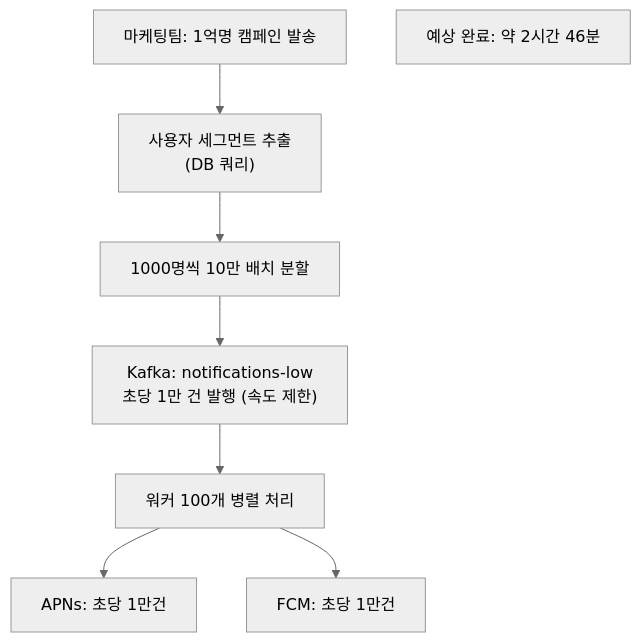
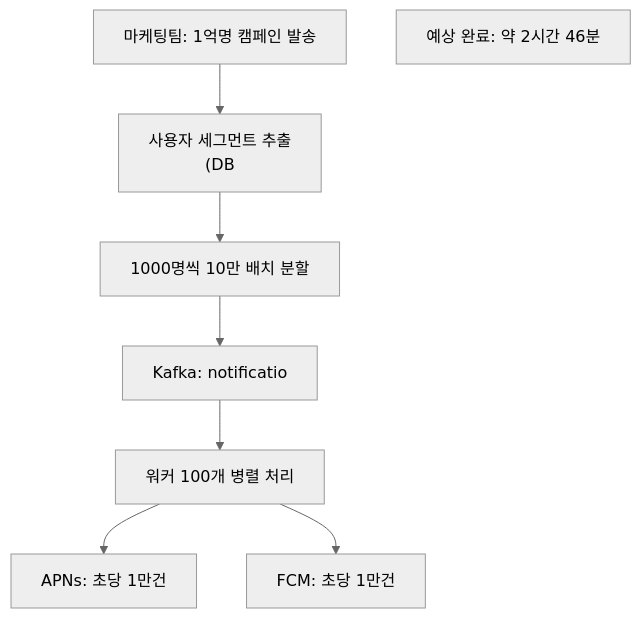
One commit to yjkim2015/yjkim2015.github.io changed the sixth of 6 diagrams in _posts/systemdesign/2026-05-02-system-design-notification.md. Above: the diagram before and after it, drawn with Mermaid (neutral theme). The commit also changed other lines of this file and 271 other files, not shown here.

First line of the commit message:
Mermaid 라벨 축소: 긴 노드 텍스트 18자 이하로 트림 + \n 제거

````diff
--- a/_posts/systemdesign/2026-05-02-system-design-notification.md
+++ b/_posts/systemdesign/2026-05-02-system-design-notification.md
@@ -239,10 +239,10 @@
 ```mermaid
 graph TD
-    Marketing["마케팅팀: 1억명 캠페인 발송"] --> Segment["사용자 세그먼트 추출<br>(DB 쿼리)"]
+    Marketing["마케팅팀: 1억명 캠페인 발송"] --> Segment["사용자 세그먼트 추출<br>(DB"]
     Segment --> Batch["1000명씩 10만 배치 분할"]
-    Batch --> Kafka["Kafka: notifications-low<br>초당 1만 건 발행 (속도 제한)"]
+    Batch --> Kafka["Kafka: notificatio"]
     Kafka --> Workers["워커 100개 병렬 처리"]
     Workers --> APNs["APNs: 초당 1만건"]
     Workers --> FCM["FCM: 초당 1만건"]
     Note["예상 완료: 약 2시간 46분"]
 ```
````
